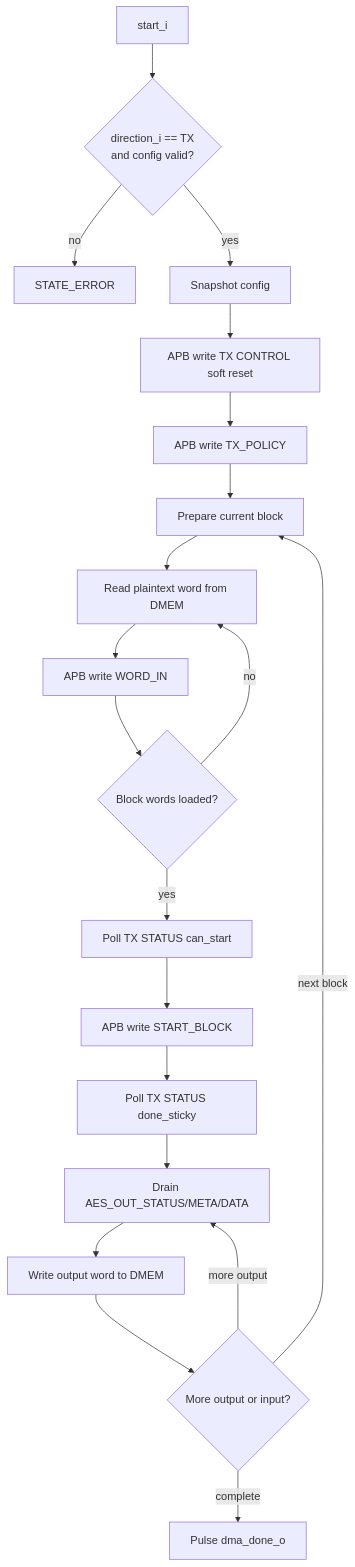
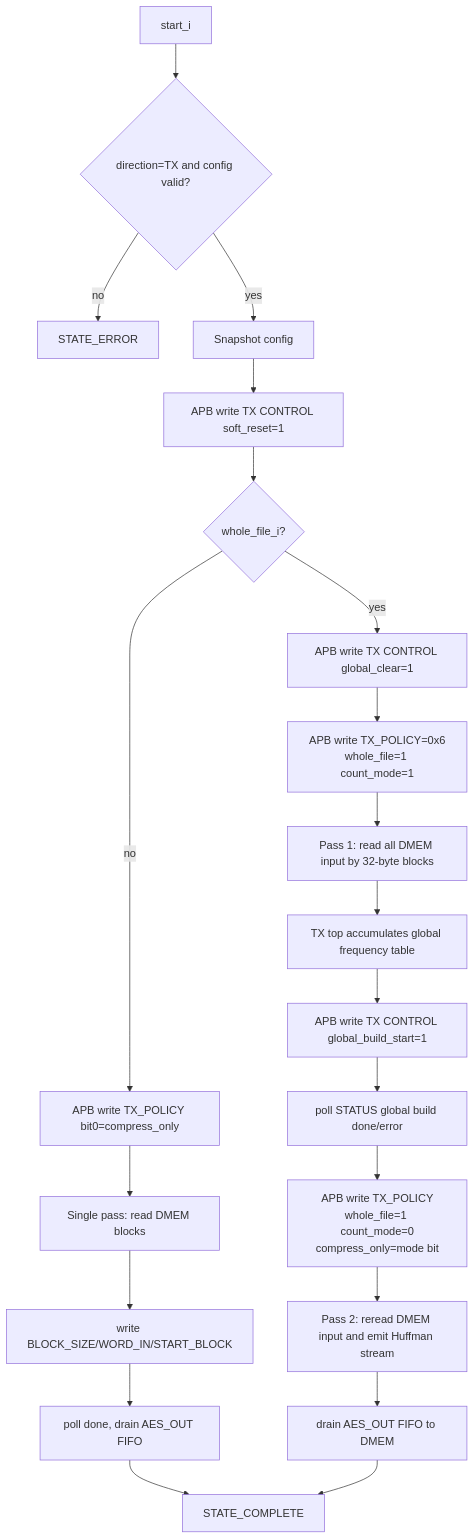
One commit to ngoquocan139/AES_huffman_all6 changed the diagram in docs/dma_tx_engine_spec.md. Above: the diagram before and after it, drawn with Mermaid. The commit also changed other lines of this file and 23 other files, not shown here.

````diff
--- a/docs/dma_tx_engine_spec.md
+++ b/docs/dma_tx_engine_spec.md
@@ -24,22 +28,25 @@
 ```mermaid
 flowchart TD
-  A["start_i"] --> B{"direction_i == TX\nand config valid?"}
+  A["start_i"] --> B{"direction=TX and config valid?"}
   B -->|"no"| ERR["STATE_ERROR"]
   B -->|"yes"| C["Snapshot config"]
-  C --> D["APB write TX CONTROL soft reset"]
-  D --> E["APB write TX_POLICY"]
-  E --> F["Prepare current block"]
-  F --> G["Read plaintext word from DMEM"]
-  G --> H["APB write WORD_IN"]
-  H --> I{"Block words loaded?"}
-  I -->|"no"| G
-  I -->|"yes"| J["Poll TX STATUS can_start"]
-  J --> K["APB write START_BLOCK"]
-  K --> L["Poll TX STATUS done_sticky"]
-  L --> M["Drain AES_OUT_STATUS/META/DATA"]
-  M --> N["Write output word to DMEM"]
-  N --> O{"More output or input?"}
-  O -->|"more output"| M
-  O -->|"next block"| F
-  O -->|"complete"| P["Pulse dma_done_o"]
+  C --> D["APB write TX CONTROL soft_reset=1"]
+  D --> E{"whole_file_i?"}
+
+  E -->|"no"| P0["APB write TX_POLICY bit0=compress_only"]
+  P0 --> P1["Single pass: read DMEM blocks"]
+  P1 --> P2["write BLOCK_SIZE/WORD_IN/START_BLOCK"]
+  P2 --> P3["poll done, drain AES_OUT FIFO"]
+  P3 --> DONE["STATE_COMPLETE"]
+
+  E -->|"yes"| W0["APB write TX CONTROL global_clear=1"]
+  W0 --> W1["APB write TX_POLICY=0x6\nwhole_file=1 count_mode=1"]
+  W1 --> W2["Pass 1: read all DMEM input by 32-byte blocks"]
+  W2 --> W3["TX top accumulates global frequency table"]
+  W3 --> W4["APB write TX CONTROL global_build_start=1"]
+  W4 --> W5["poll STATUS global build done/error"]
+  W5 --> W6["APB write TX_POLICY\nwhole_file=1 count_mode=0\ncompress_only=mode bit"]
+  W6 --> W7["Pass 2: reread DMEM input and emit Huffman stream"]
+  W7 --> W8["drain AES_OUT FIFO to DMEM"]
+  W8 --> DONE
 ```
````
